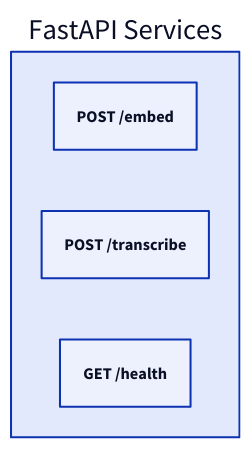
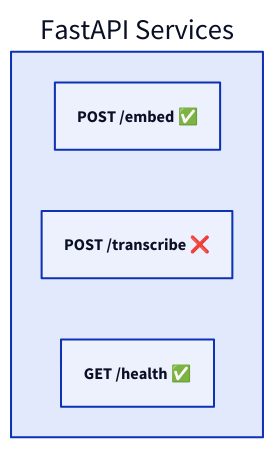
One commit to brucemckayone/knowledge-memory-system changed the fourth of 7 diagrams in TECHNICAL_PLAN.md. Above: the diagram before and after it, drawn with D2. The commit also changed other lines of this file and 72 other files, not shown here.

````diff
--- a/TECHNICAL_PLAN.md
+++ b/TECHNICAL_PLAN.md
@@ -174,9 +188,9 @@
 ```d2
 direction: right
 
 ml: FastAPI Services {
-  embed: POST /embed
-  transcribe: POST /transcribe
-  health: GET /health
+  embed: POST /embed ✅
+  transcribe: POST /transcribe ❌
+  health: GET /health ✅
 }
 ```
````
